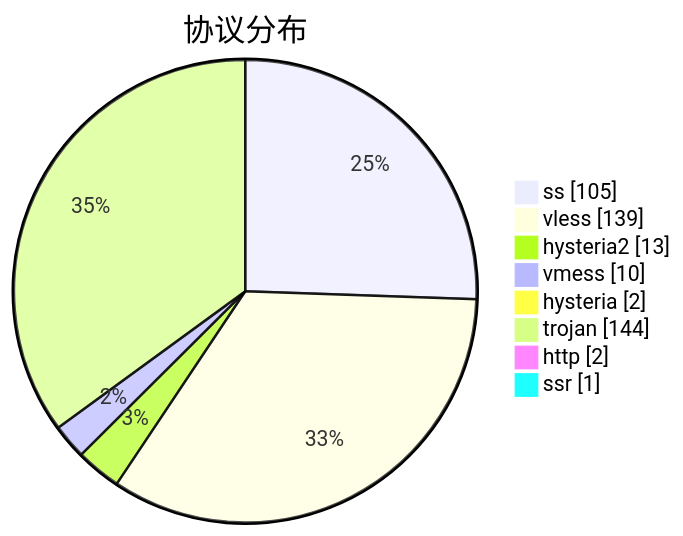
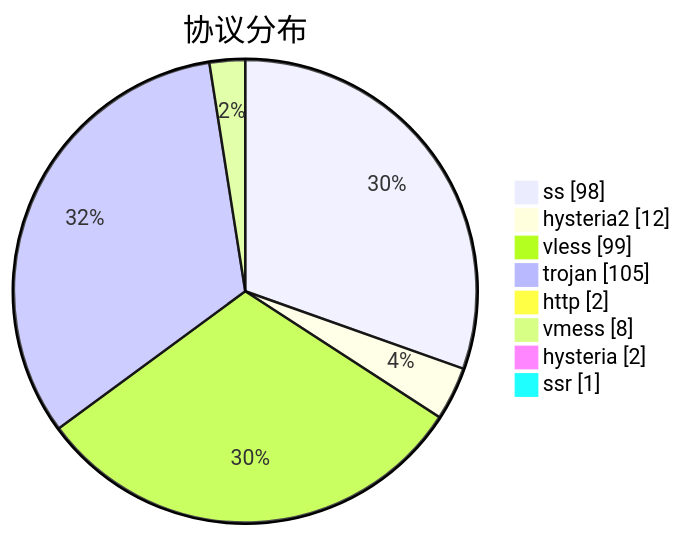
The third of 3 diagrams in subs/statistics/tested_within.md (sinspired/airport), drawn with Mermaid before and after one commit. The commit also changed other lines of this file and 2 other files, not shown here.

````diff
--- a/subs/statistics/tested_within.md
+++ b/subs/statistics/tested_within.md
@@ -57,12 +55,12 @@
 ```mermaid
 pie showData
 title 协议分布
-"ss" : 105
-"vless" : 139
-"hysteria2" : 13
-"vmess" : 10
+"ss" : 98
+"hysteria2" : 12
+"vless" : 99
+"trojan" : 105
+"http" : 2
+"vmess" : 8
 "hysteria" : 2
-"trojan" : 144
-"http" : 2
 "ssr" : 1
 ```
````
